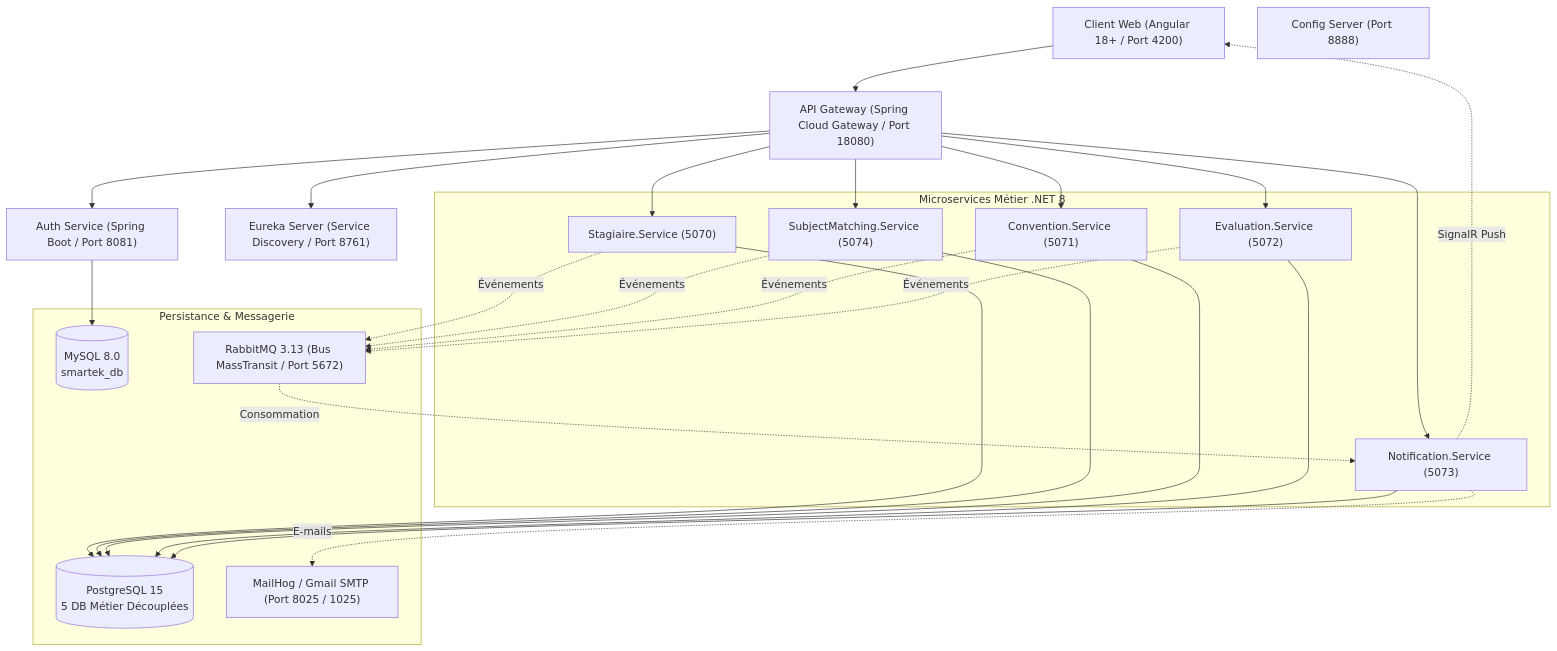
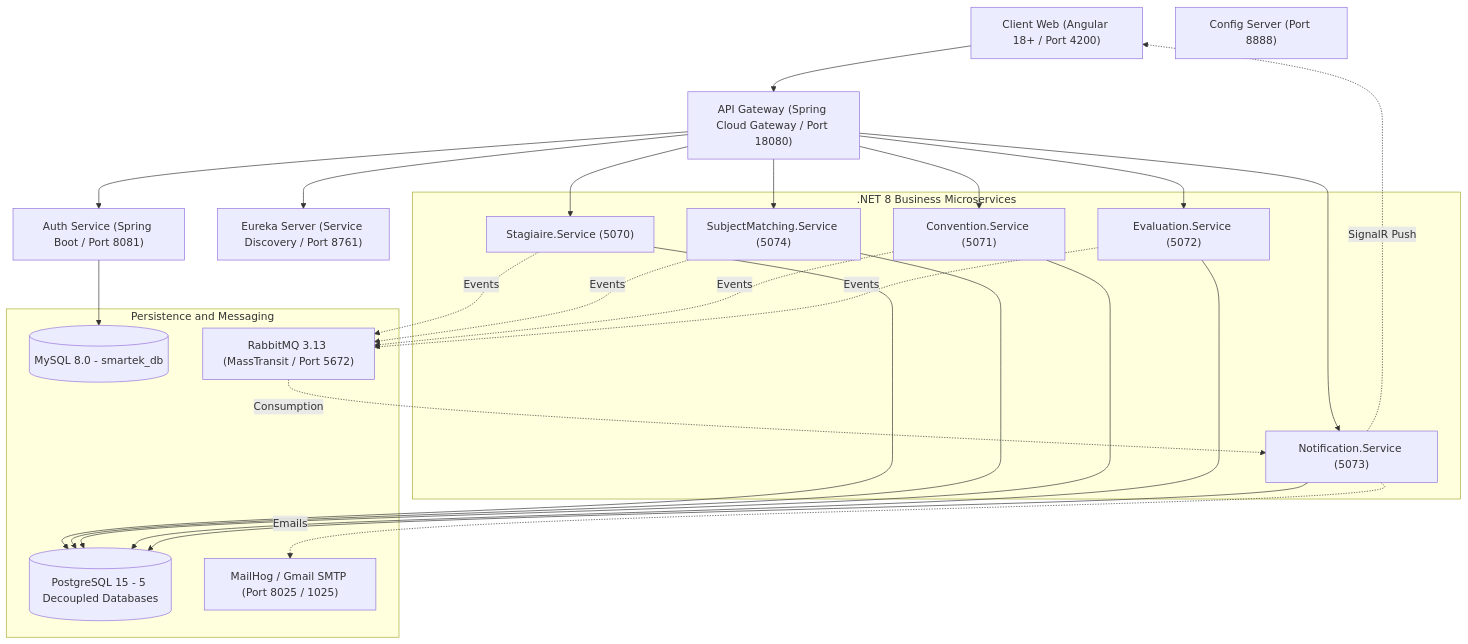
Before and after one commit to kaddachiabdelkader1234/STB-stageconnect: the diagram in README.md, drawn with Mermaid. The commit also changed other lines of this file and 7 other files, not shown here.

````diff
--- a/README.md
+++ b/README.md
@@ -49,47 +77,47 @@
 ```mermaid
 flowchart TB
     Client["Client Web (Angular 18+ / Port 4200)"]
     Gateway["API Gateway (Spring Cloud Gateway / Port 18080)"]
     Eureka["Eureka Server (Service Discovery / Port 8761)"]
     Config["Config Server (Port 8888)"]
     Auth["Auth Service (Spring Boot / Port 8081)"]
-    
-    subgraph DotNetServices [Microservices Métier .NET 8]
+
+    subgraph DotNetServices [".NET 8 Business Microservices"]
         Stagiaire["Stagiaire.Service (5070)"]
         SubjectMatch["SubjectMatching.Service (5074)"]
         Convention["Convention.Service (5071)"]
         Evaluation["Evaluation.Service (5072)"]
         Notification["Notification.Service (5073)"]
     end
-    
-    subgraph DataTier [Persistance & Messagerie]
-        MySQL[("MySQL 8.0\nsmartek_db")]
-        Postgres[("PostgreSQL 15\n5 DB Métier Découplées")]
-        RabbitMQ["RabbitMQ 3.13 (Bus MassTransit / Port 5672)"]
+
+    subgraph DataTier ["Persistence and Messaging"]
+        MySQL[("MySQL 8.0 - smartek_db")]
+        Postgres[("PostgreSQL 15 - 5 Decoupled Databases")]
+        RabbitMQ["RabbitMQ 3.13 (MassTransit / Port 5672)"]
         MailHog["MailHog / Gmail SMTP (Port 8025 / 1025)"]
     end
 
     Client --> Gateway
     Gateway --> Eureka
     Gateway --> Auth
     Gateway --> Stagiaire
     Gateway --> SubjectMatch
     Gateway --> Convention
     Gateway --> Evaluation
     Gateway --> Notification
 
     Auth --> MySQL
     Stagiaire --> Postgres
     SubjectMatch --> Postgres
     Convention --> Postgres
     Evaluation --> Postgres
     Notification --> Postgres
 
-    Stagiaire -.->|Événements| RabbitMQ
-    SubjectMatch -.->|Événements| RabbitMQ
-    Convention -.->|Événements| RabbitMQ
-    Evaluation -.->|Événements| RabbitMQ
-    RabbitMQ -.->|Consommation| Notification
+    Stagiaire -.->|Events| RabbitMQ
+    SubjectMatch -.->|Events| RabbitMQ
+    Convention -.->|Events| RabbitMQ
+    Evaluation -.->|Events| RabbitMQ
+    RabbitMQ -.->|Consumption| Notification
     Notification -.->|SignalR Push| Client
-    Notification -.->|E-mails| MailHog
+    Notification -.->|Emails| MailHog
 ```
````
